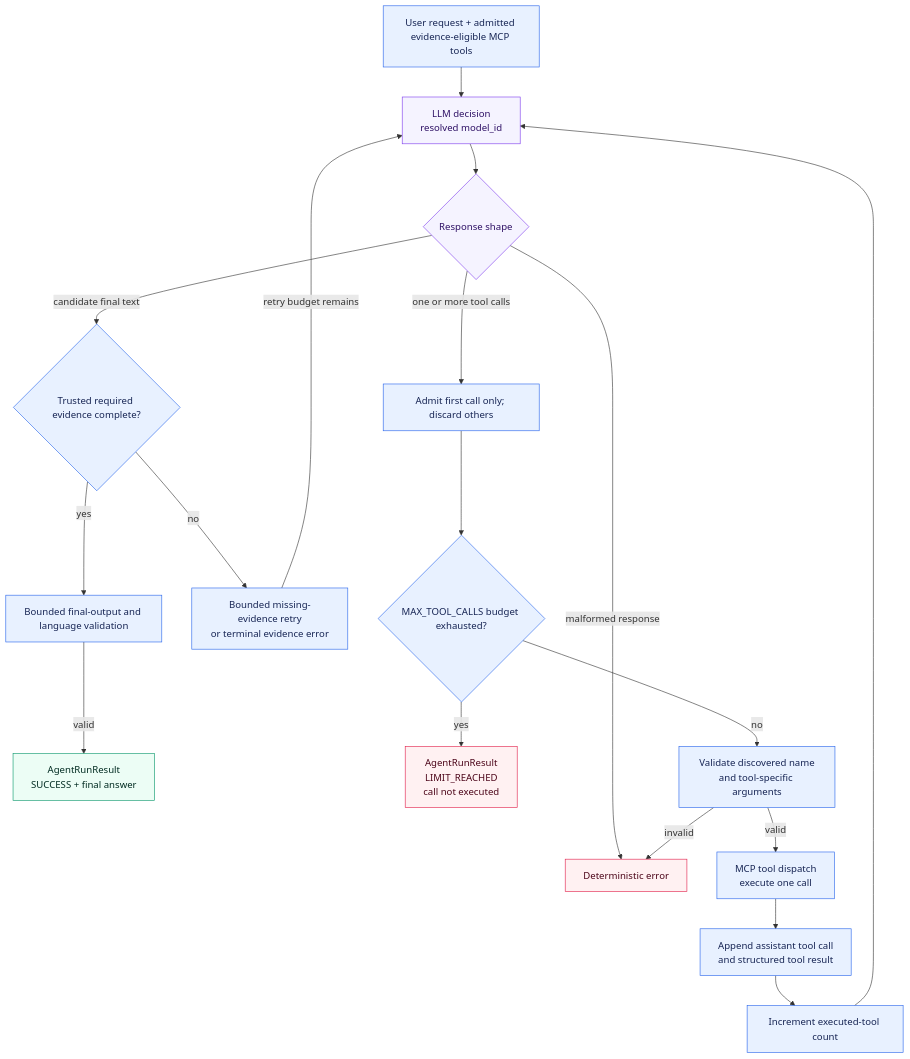
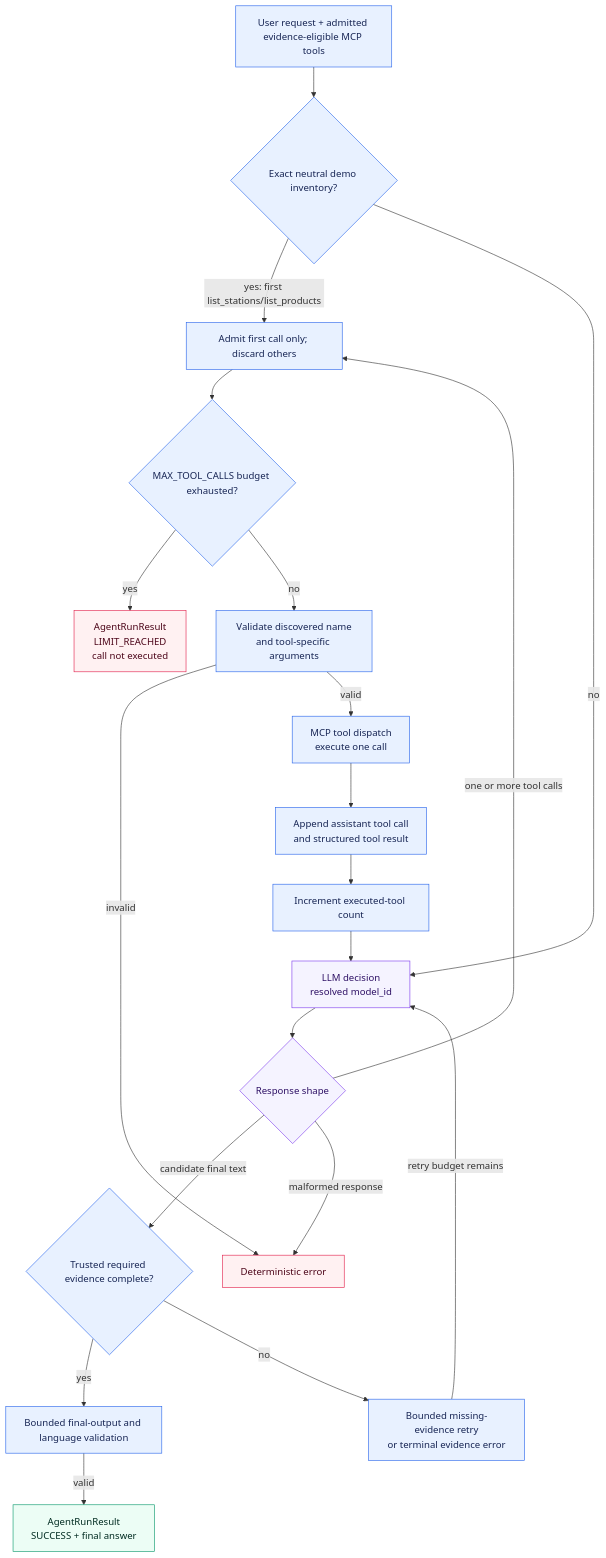
Before and after one commit to aboerzel/industrial-ai-agent: diagram 11 of 22 in docs/architecture/overview.md, drawn with Mermaid. The commit also changed other lines of this file and 13 other files, not shown here.

First line of the commit message:
fix(demo): scope discovery results to authenticated user visibility

````diff
--- a/docs/architecture/overview.md
+++ b/docs/architecture/overview.md
@@ -875,29 +875,31 @@
 ```mermaid
 flowchart TD
-    Start["User request + admitted evidence-eligible MCP tools"] --> Decide["LLM decision<br/>resolved model_id"]
+    Start["User request + admitted evidence-eligible MCP tools"] --> Inventory{"Exact neutral demo inventory?"}
+    Inventory -->|"yes: first list_stations/list_products"| Admit
+    Inventory -->|"no"| Decide["LLM decision<br/>resolved model_id"]
     Decide --> Shape{"Response shape"}
     Shape -->|"candidate final text"| Complete{"Trusted required evidence complete?"}
     Complete -->|"yes"| Normalize["Bounded final-output and language validation"]
     Normalize -->|"valid"| Success["AgentRunResult<br/>SUCCESS + final answer"]
     Complete -->|"no"| Missing["Bounded missing-evidence retry<br/>or terminal evidence error"]
     Missing -->|"retry budget remains"| Decide
     Shape -->|"malformed response"| Invalid["Deterministic error"]
     Shape -->|"one or more tool calls"| Admit["Admit first call only; discard others"]
     Admit --> Budget{"MAX_TOOL_CALLS budget exhausted?"}
     Budget -->|"yes"| Limit["AgentRunResult<br/>LIMIT_REACHED<br/>call not executed"]
     Budget -->|"no"| Validate["Validate discovered name<br/>and tool-specific arguments"]
     Validate -->|"invalid"| Invalid
     Validate -->|"valid"| Dispatch["MCP tool dispatch<br/>execute one call"]
     Dispatch --> Observe["Append assistant tool call<br/>and structured tool result"]
     Observe --> Count["Increment executed-tool count"]
     Count --> Decide
 
     classDef llm fill:#f5f3ff,stroke:#7c3aed,color:#2e1065
     classDef deterministic fill:#e8f1ff,stroke:#2563eb,color:#172554
     classDef success fill:#ecfdf5,stroke:#059669,color:#022c22
     classDef failure fill:#fff1f2,stroke:#e11d48,color:#4c0519
     class Decide,Shape llm
-    class Start,Admit,Budget,Validate,Dispatch,Observe,Count,Complete,Normalize,Missing deterministic
+    class Start,Inventory,Admit,Budget,Validate,Dispatch,Observe,Count,Complete,Normalize,Missing deterministic
     class Success success
     class Invalid,Limit failure
 ```
````
